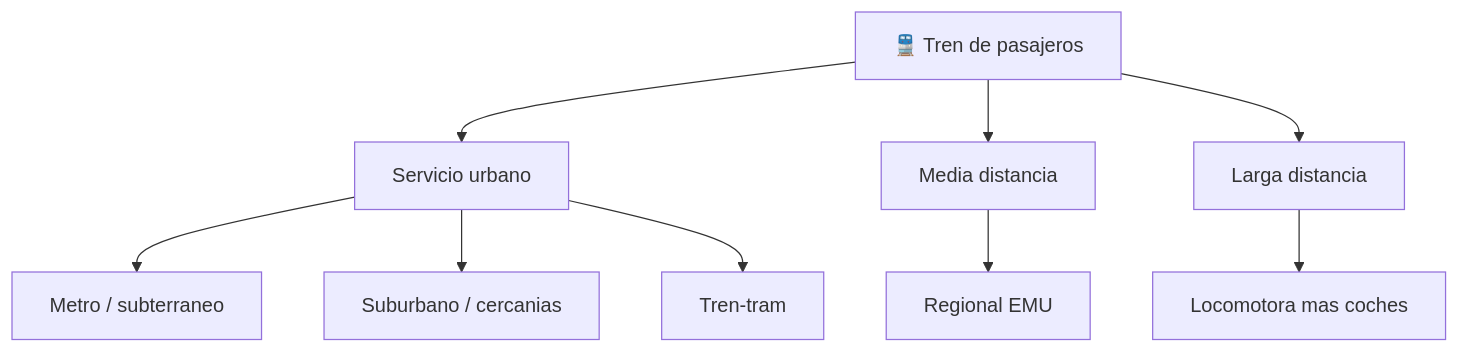
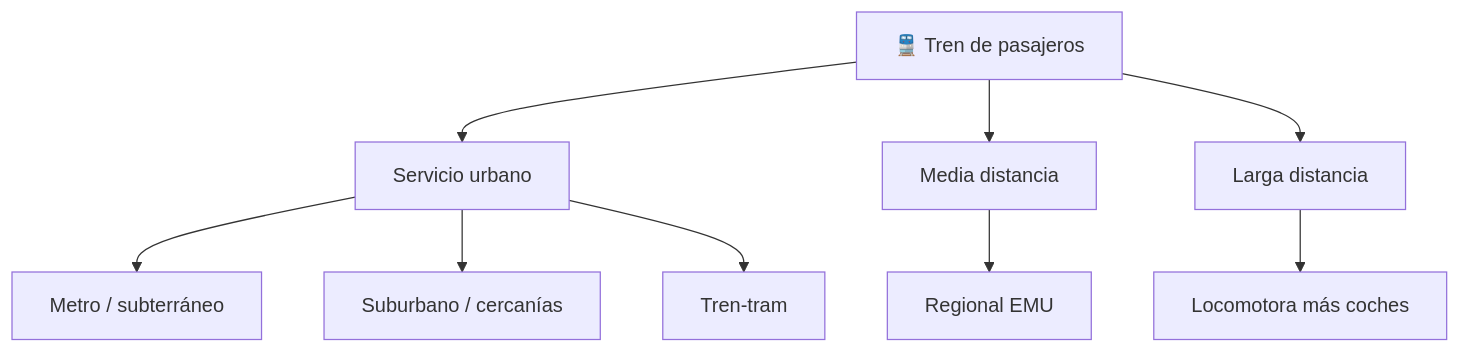
One commit to vladimiracunadev-create/machine-operator-program changed the diagram in vehiculos/tren-pasajeros/operacion/caracteristicas-tren-pasajeros.md. Above: the diagram before and after it, drawn with Mermaid. The commit also changed other lines of this file and 442 other files, not shown here.

````diff
--- a/vehiculos/tren-pasajeros/operacion/caracteristicas-tren-pasajeros.md
+++ b/vehiculos/tren-pasajeros/operacion/caracteristicas-tren-pasajeros.md
@@ -35,11 +35,11 @@
 ```mermaid
 flowchart TD
     Tren[🚆 Tren de pasajeros] --> Urbano[Servicio urbano]
     Tren --> Media[Media distancia]
     Tren --> Larga[Larga distancia]
-    Urbano --> Metro[Metro / subterraneo]
-    Urbano --> Suburbano[Suburbano / cercanias]
+    Urbano --> Metro[Metro / subterráneo]
+    Urbano --> Suburbano[Suburbano / cercanías]
     Urbano --> TrenTram[Tren-tram]
     Media --> Regional[Regional EMU]
-    Larga --> Interurbano[Locomotora mas coches]
+    Larga --> Interurbano[Locomotora más coches]
 ```
````
